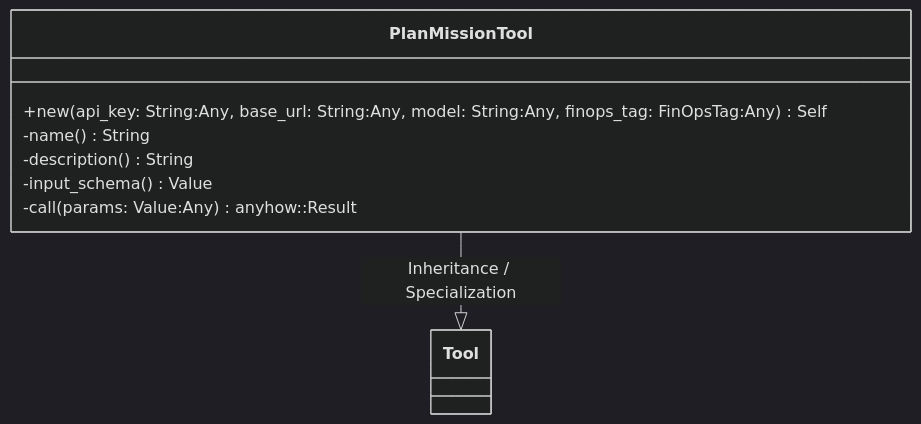
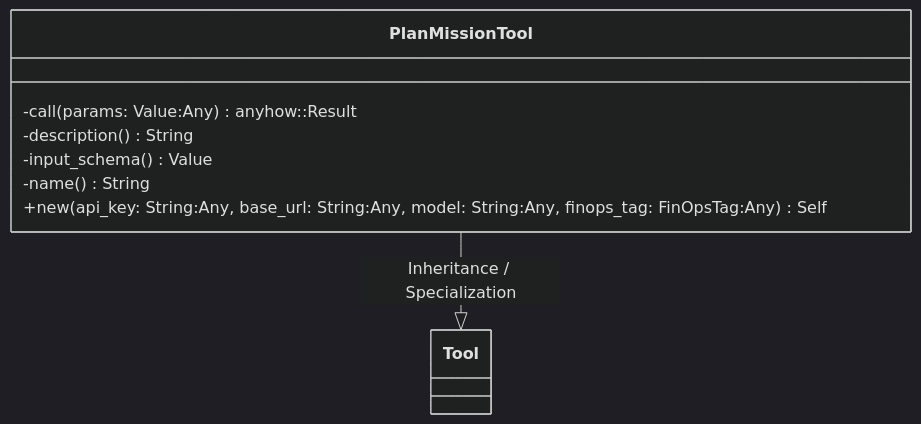
Before and after one commit to lgcorzo/rust_CACD_autonomous_factory: the first of 2 diagrams in openwiki/crates_factory-mcp-server_src_tools_plan_mission_rs.md, drawn with Mermaid (dark theme). The commit also changed other lines of this file and 76 other files, not shown here.

````diff
--- a/openwiki/crates_factory-mcp-server_src_tools_plan_mission_rs.md
+++ b/openwiki/crates_factory-mcp-server_src_tools_plan_mission_rs.md
@@ -89,13 +89,13 @@
 ```mermaid
 classDiagram
     direction BT
     class PlanMissionTool {
-        +new(api_key: String:Any, base_url: String:Any, model: String:Any, finops_tag: FinOpsTag:Any) Self
-        -name() String
+        -call(params: Value:Any) anyhow::Result<CallToolResult>
         -description() String
         -input_schema() Value
-        -call(params: Value:Any) anyhow::Result<CallToolResult>
+        -name() String
+        +new(api_key: String:Any, base_url: String:Any, model: String:Any, finops_tag: FinOpsTag:Any) Self
     }
     Tool <|-- PlanMissionTool : Inheritance / Specialization
 
 ```
````
